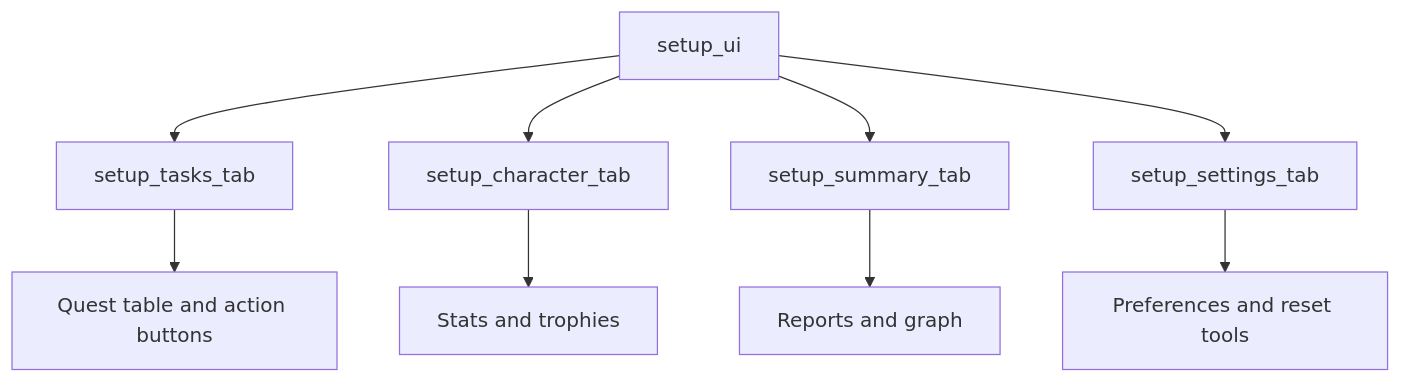
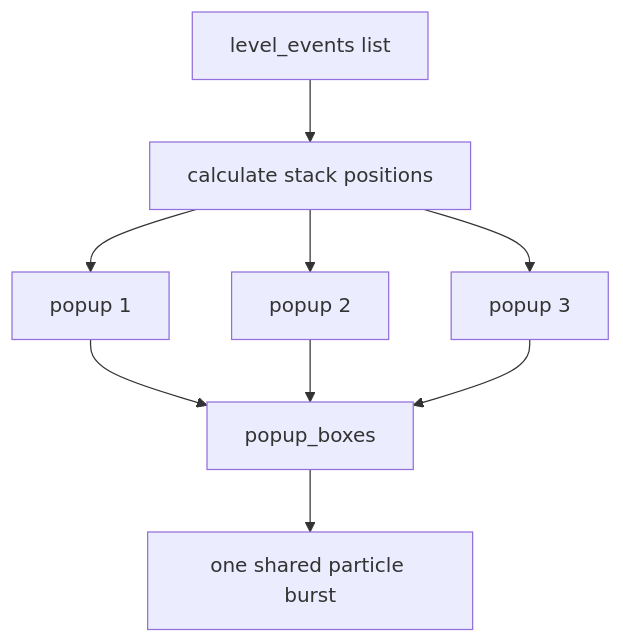
One commit to nimbold/LifeXP changed the sixth of 30 diagrams in docs/beginner-guide/03-advanced.md. Above: the diagram before and after it, drawn with Mermaid. The commit also changed other lines of this file, not shown here.

````diff
--- a/docs/beginner-guide/03-advanced.md
+++ b/docs/beginner-guide/03-advanced.md
@@ -140,11 +330,11 @@
 ```mermaid
 flowchart TD
-    A["setup_ui"] --> B["setup_tasks_tab"]
-    A --> C["setup_character_tab"]
-    A --> D["setup_summary_tab"]
-    A --> E["setup_settings_tab"]
-    B --> F["Quest table and action buttons"]
-    C --> G["Stats and trophies"]
-    D --> H["Reports and graph"]
-    E --> I["Preferences and reset tools"]
+    A["level_events list"] --> B["calculate stack positions"]
+    B --> C["popup 1"]
+    B --> D["popup 2"]
+    B --> E["popup 3"]
+    C --> F["popup_boxes"]
+    D --> F
+    E --> F
+    F --> G["one shared particle burst"]
 ```
````
